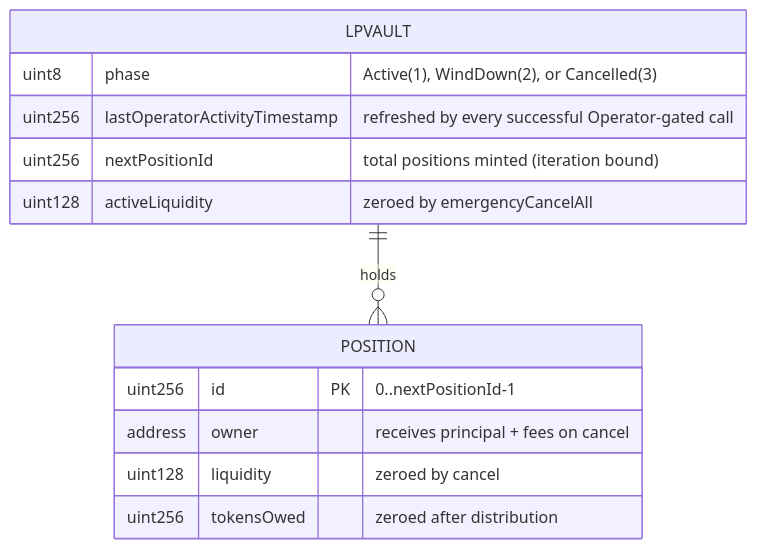
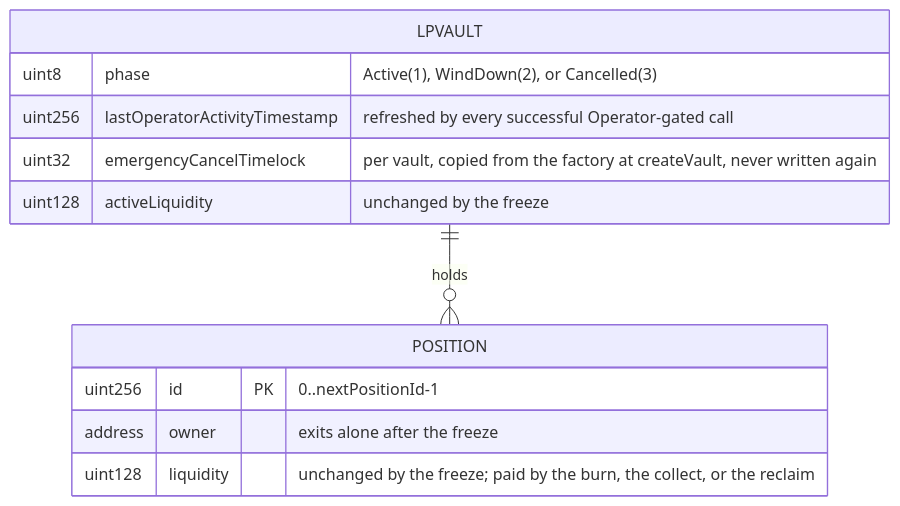
Before and after one commit to ProphetMarket/lp-vaults: the third of 4 diagrams in specs/features/contracts/FEAT-JXQO-emergency-cancel-all-positions/ARCHITECTURE.md, drawn with Mermaid. The commit also changed other lines of this file and 24 other files, not shown here.

First line of the commit message:
spec (vault): Specify the freeze and the per-vault timelock

````diff
--- a/specs/features/contracts/FEAT-JXQO-emergency-cancel-all-positions/ARCHITECTURE.md
+++ b/specs/features/contracts/FEAT-JXQO-emergency-cancel-all-positions/ARCHITECTURE.md
@@ -46,16 +45,15 @@
 ```mermaid
 erDiagram
     LPVAULT {
         uint8 phase "Active(1), WindDown(2), or Cancelled(3)"
         uint256 lastOperatorActivityTimestamp "refreshed by every successful Operator-gated call"
-        uint256 nextPositionId "total positions minted (iteration bound)"
-        uint128 activeLiquidity "zeroed by emergencyCancelAll"
+        uint32 emergencyCancelTimelock "per vault, copied from the factory at createVault, never written again"
+        uint128 activeLiquidity "unchanged by the freeze"
     }
     LPVAULT ||--o{ POSITION : "holds"
     POSITION {
         uint256 id PK "0..nextPositionId-1"
-        address owner "receives principal + fees on cancel"
-        uint128 liquidity "zeroed by cancel"
-        uint256 tokensOwed "zeroed after distribution"
+        address owner "exits alone after the freeze"
+        uint128 liquidity "unchanged by the freeze; paid by the burn, the collect, or the reclaim"
     }
 ```
````
